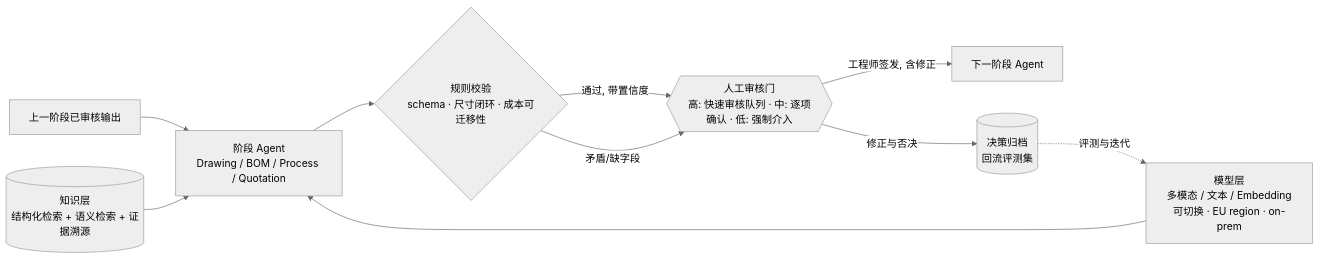
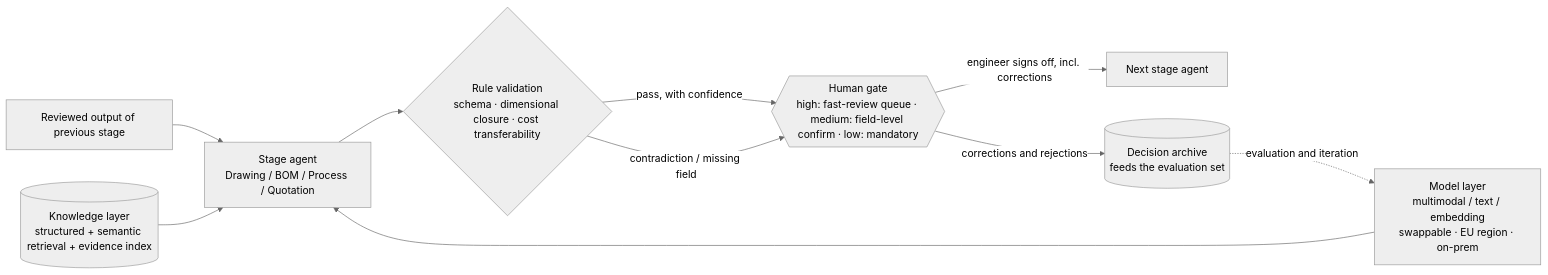
The first of 2 diagrams in docs/solution-design.md (Ethan-YS/quotemind), drawn with Mermaid (neutral theme) before and after one commit. The commit also changed other lines of this file and 3 other files, not shown here.

````diff
--- a/docs/solution-design.md
+++ b/docs/solution-design.md
@@ -110,12 +111,12 @@
 ```mermaid
 flowchart LR
-    IN[上一阶段已审核输出] --> AG[阶段 Agent<br/>Drawing / BOM / Process / Quotation]
-    KB[(知识层<br/>结构化检索 + 语义检索 + 证据溯源)] --> AG
-    MD[模型层<br/>多模态 / 文本 / Embedding<br/>可切换 · EU region · on-prem] --> AG
-    AG --> RC{规则校验<br/>schema · 尺寸闭环 · 成本可迁移性}
-    RC -->|通过, 带置信度| GATE{{人工审核门<br/>高: 快速审核队列 · 中: 逐项确认 · 低: 强制介入}}
-    RC -->|矛盾/缺字段| GATE
-    GATE -->|工程师签发, 含修正| NEXT[下一阶段 Agent]
-    GATE -->|修正与否决| LOG[(决策归档<br/>回流评测集)]
-    LOG -.评测与迭代.-> MD
+    IN[Reviewed output of previous stage] --> AG[Stage agent<br/>Drawing / BOM / Process / Quotation]
+    KB[(Knowledge layer<br/>structured + semantic retrieval + evidence index)] --> AG
+    MD[Model layer<br/>multimodal / text / embedding<br/>swappable · EU region · on-prem] --> AG
+    AG --> RC{Rule validation<br/>schema · dimensional closure · cost transferability}
+    RC -->|pass, with confidence| GATE{{Human gate<br/>high: fast-review queue · medium: field-level confirm · low: mandatory}}
+    RC -->|contradiction / missing field| GATE
+    GATE -->|engineer signs off, incl. corrections| NEXT[Next stage agent]
+    GATE -->|corrections and rejections| LOG[(Decision archive<br/>feeds the evaluation set)]
+    LOG -.evaluation and iteration.-> MD
 ```
````
